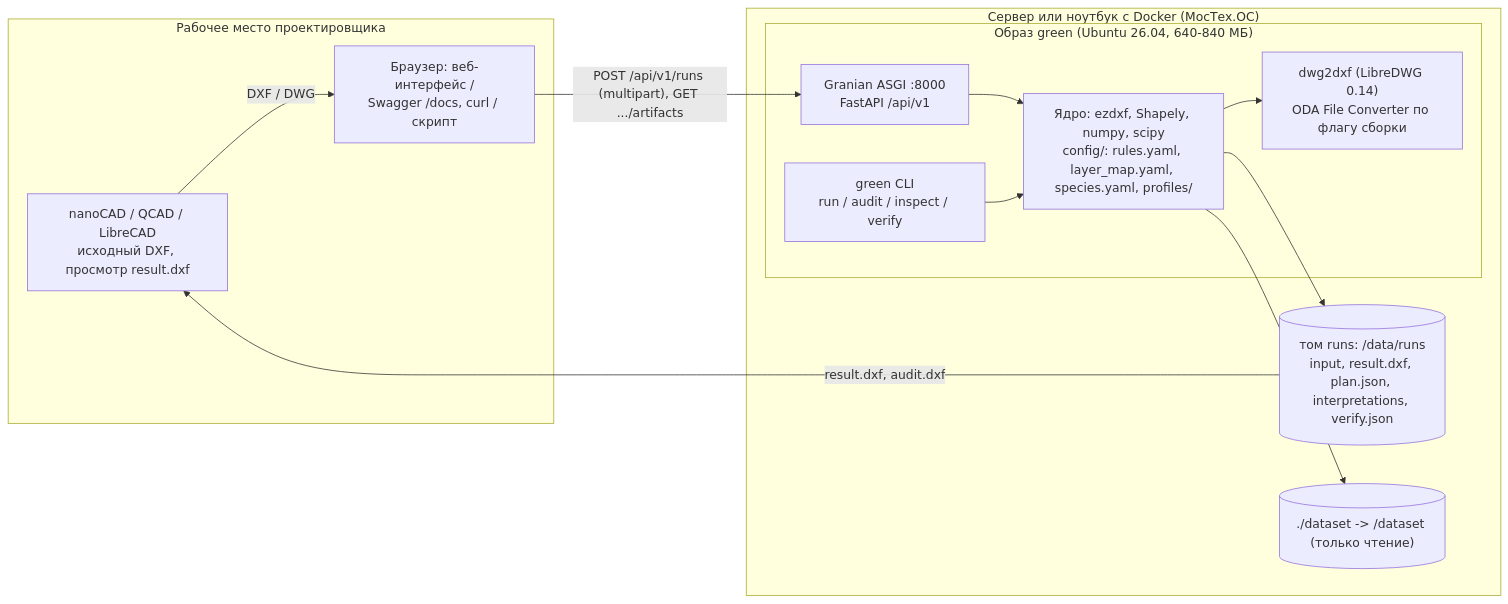
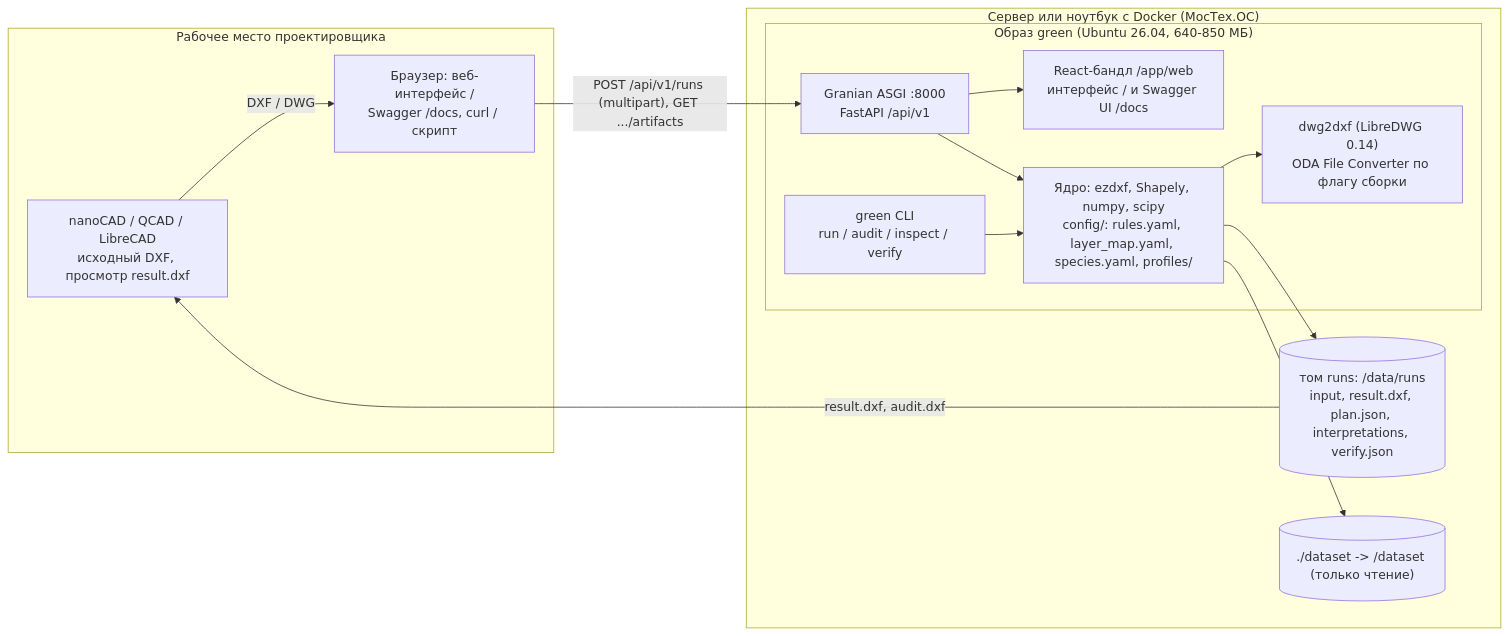
The diagram in docs/deploy.md (Mojarung/LCT_2026), drawn with Mermaid before and after one commit. The commit also changed other lines of this file and 3 other files, not shown here.

````diff
--- a/docs/deploy.md
+++ b/docs/deploy.md
@@ -7,25 +7,27 @@
 ```mermaid
 flowchart LR
     subgraph user["Рабочее место проектировщика"]
         cad["nanoCAD / QCAD / LibreCAD<br/>исходный DXF, просмотр result.dxf"]
         browser["Браузер: веб-интерфейс /<br/>Swagger /docs, curl / скрипт"]
     end
     subgraph host["Сервер или ноутбук с Docker (МосТех.ОС)"]
-        subgraph image["Образ green (Ubuntu 26.04, 640-840 МБ)"]
+        subgraph image["Образ green (Ubuntu 26.04, 640-850 МБ)"]
             api["Granian ASGI :8000<br/>FastAPI /api/v1"]
+            web["React-бандл /app/web<br/>интерфейс / и Swagger UI /docs"]
             cli["green CLI<br/>run / audit / inspect / verify"]
             core["Ядро: ezdxf, Shapely, numpy, scipy<br/>config/: rules.yaml, layer_map.yaml, species.yaml, profiles/"]
             dwg["dwg2dxf (LibreDWG 0.14)<br/>ODA File Converter по флагу сборки"]
             api --> core
+            api --> web
             cli --> core
             core --> dwg
         end
         runs[("том runs: /data/runs<br/>input, result.dxf, plan.json, interpretations, verify.json")]
         dataset[("./dataset -> /dataset (только чтение)")]
         core --> runs
         core --> dataset
     end
     browser -- "POST /api/v1/runs (multipart), GET .../artifacts" --> api
     cad -- "DXF / DWG" --> browser
     runs -- "result.dxf, audit.dxf" --> cad
 ```
````
